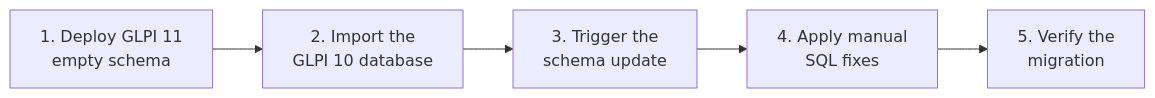
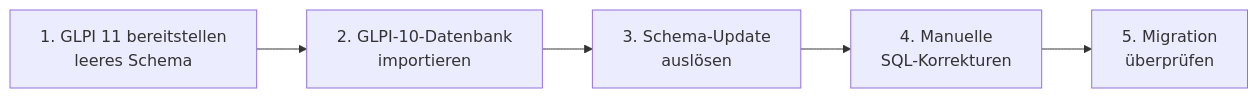
Before and after one commit to El-Tousy/glpi-docker-migration: the second of 2 diagrams in README.md, drawn with Mermaid. The commit also changed other lines of this file, not shown here.

First line of the commit message:
Revise README for GLPI 10 to 11 migration

````diff
--- a/README.md
+++ b/README.md
@@ -150,7 +150,7 @@
 ```mermaid
 flowchart LR
-    A[1. Deploy GLPI 11<br/>empty schema] --> B[2. Import the<br/>GLPI 10 database]
-    B --> C[3. Trigger the<br/>schema update]
-    C --> D[4. Apply manual<br/>SQL fixes]
-    D --> E[5. Verify the<br/>migration]
+    A[1. GLPI 11 bereitstellen<br/>leeres Schema] --> B[2. GLPI-10-Datenbank<br/>importieren]
+    B --> C[3. Schema-Update<br/>auslösen]
+    C --> D[4. Manuelle<br/>SQL-Korrekturen]
+    D --> E[5. Migration<br/>überprüfen]
 ```
````
